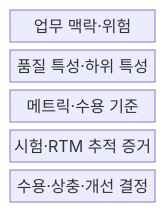
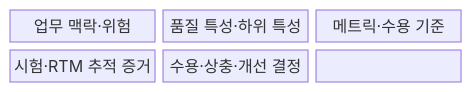
Before and after one commit to agnusdei1207/knowledge-base: the first of 2 diagrams in src/content/docs/notes/06-evaluation/030_quality_characteristics.md, drawn with Mermaid. The commit also changed other lines of this file and 53 other files, not shown here.

````diff
--- a/src/content/docs/notes/06-evaluation/030_quality_characteristics.md
+++ b/src/content/docs/notes/06-evaluation/030_quality_characteristics.md
@@ -64,9 +64,11 @@
 ```mermaid
 block-beta
-  columns 1
+  columns 3
   B["업무 맥락·위험"]
   C["품질 특성·하위 특성"]
   M["메트릭·수용 기준"]
   T["시험·RTM 추적 증거"]
   D["수용·상충·개선 결정"]
+  B --- C --- M
+  M --- T --- D
 ```
````
